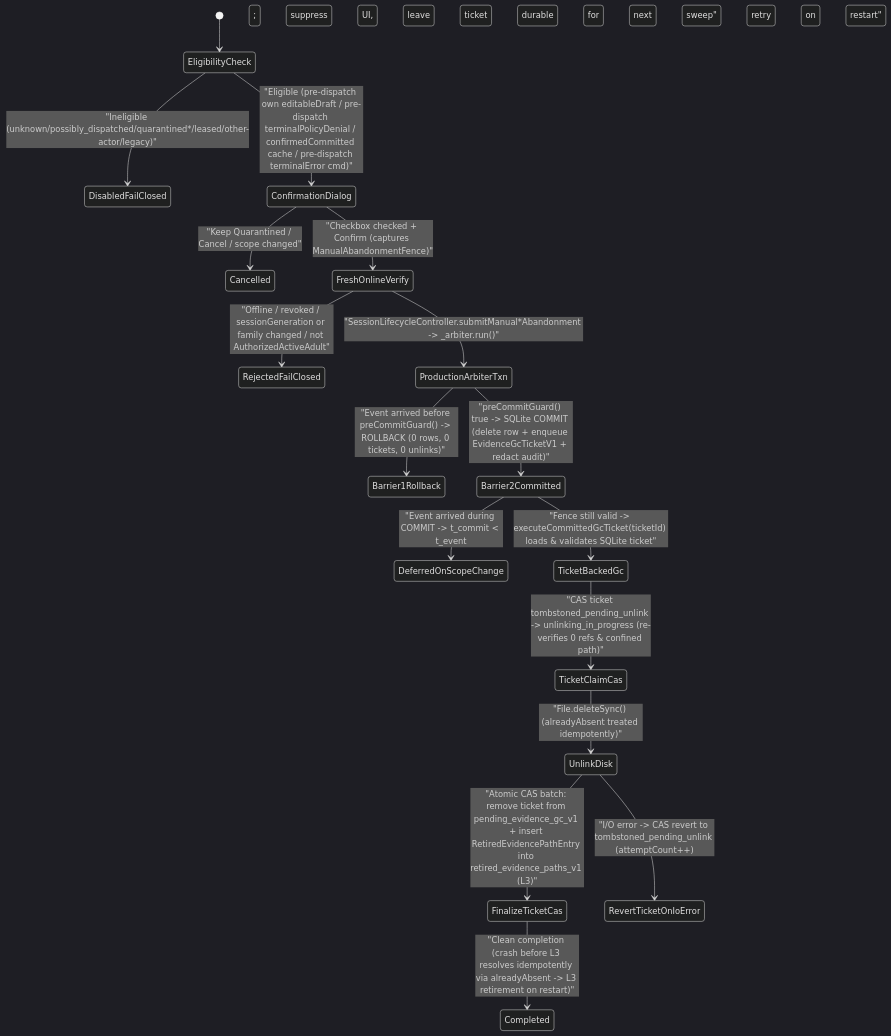
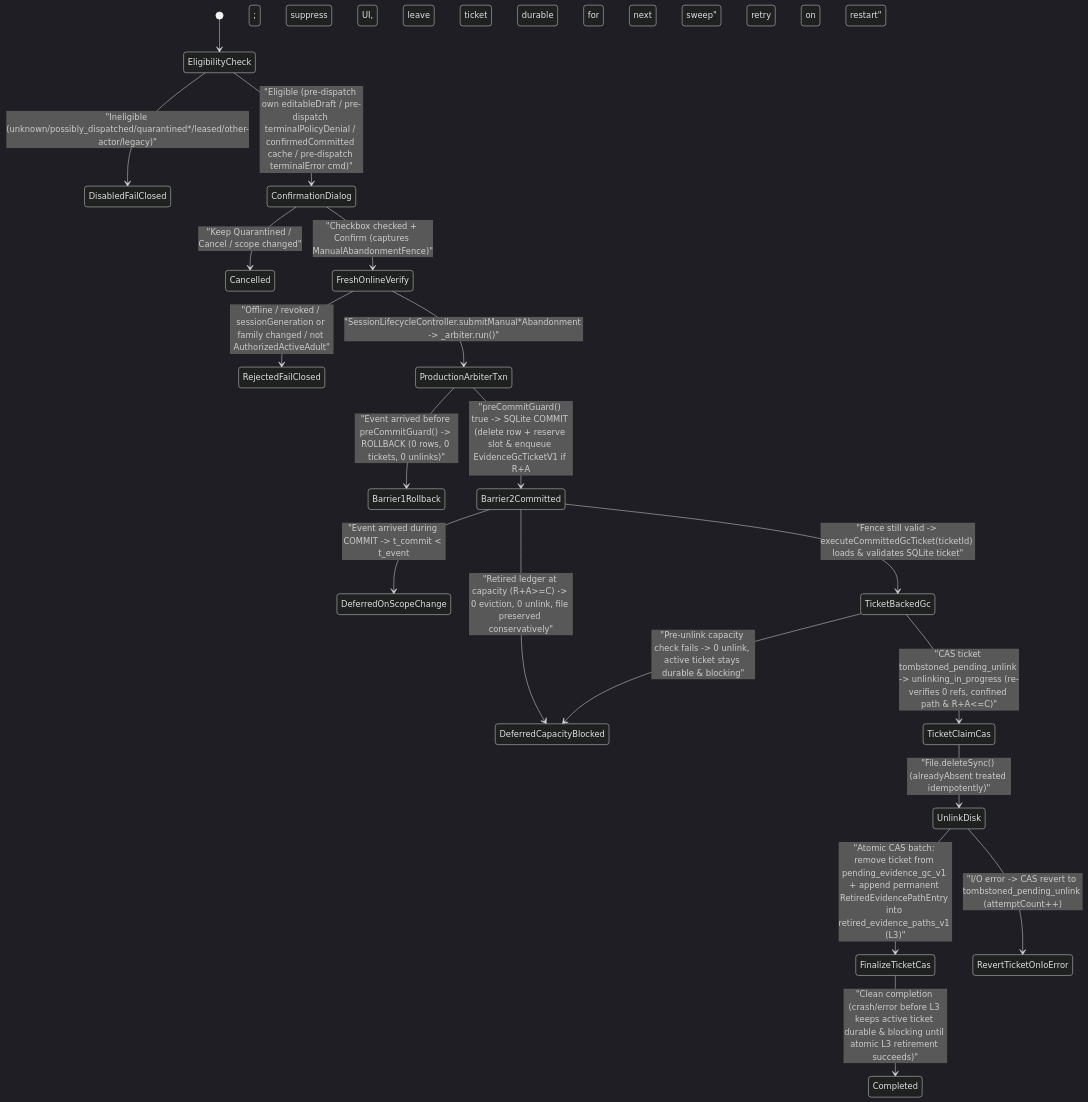
One commit to thedusk4203/LearnWard changed the second of 2 diagrams in docs/27-phase-6-slice-4c-1-manual-recovery-and-export-design-contract.md. Above: the diagram before and after it, drawn with Mermaid (dark theme). The commit also changed other lines of this file and 1 other file, not shown here.

Commit message:
docs(phase-6): enforce lifetime non-evicting retired-path ledger and fail-closed capacity reservation (R44-05)

````diff
--- a/docs/27-phase-6-slice-4c-1-manual-recovery-and-export-design-contract.md
+++ b/docs/27-phase-6-slice-4c-1-manual-recovery-and-export-design-contract.md
@@ -337,19 +348,21 @@
 ```mermaid
 stateDiagram-v2
     [*] --> EligibilityCheck
     EligibilityCheck --> DisabledFailClosed : "Ineligible (unknown/possibly_dispatched/quarantined*/leased/other-actor/legacy)"
     EligibilityCheck --> ConfirmationDialog : "Eligible (pre-dispatch own editableDraft / pre-dispatch terminalPolicyDenial / confirmedCommitted cache / pre-dispatch terminalError cmd)"
     ConfirmationDialog --> Cancelled : "Keep Quarantined / Cancel / scope changed"
     ConfirmationDialog --> FreshOnlineVerify : "Checkbox checked + Confirm (captures ManualAbandonmentFence)"
     FreshOnlineVerify --> RejectedFailClosed : "Offline / revoked / sessionGeneration or family changed / not AuthorizedActiveAdult"
     FreshOnlineVerify --> ProductionArbiterTxn : "SessionLifecycleController.submitManual*Abandonment -> _arbiter.run()"
     ProductionArbiterTxn --> Barrier1Rollback : "Event arrived before preCommitGuard() -> ROLLBACK (0 rows, 0 tickets, 0 unlinks)"
-    ProductionArbiterTxn --> Barrier2Committed : "preCommitGuard() true -> SQLite COMMIT (delete row + enqueue EvidenceGcTicketV1 + redact audit)"
+    ProductionArbiterTxn --> Barrier2Committed : "preCommitGuard() true -> SQLite COMMIT (delete row + reserve slot & enqueue EvidenceGcTicketV1 if R+A<C else deferredCapacityBlocked + redact audit)"
+    Barrier2Committed --> DeferredCapacityBlocked : "Retired ledger at capacity (R+A>=C) -> 0 eviction, 0 unlink, file preserved conservatively"
     Barrier2Committed --> DeferredOnScopeChange : "Event arrived during COMMIT -> t_commit < t_event; suppress UI, leave ticket durable for next sweep"
     Barrier2Committed --> TicketBackedGc : "Fence still valid -> executeCommittedGcTicket(ticketId) loads & validates SQLite ticket"
-    TicketBackedGc --> TicketClaimCas : "CAS ticket tombstoned_pending_unlink -> unlinking_in_progress (re-verifies 0 refs & confined path)"
+    TicketBackedGc --> DeferredCapacityBlocked : "Pre-unlink capacity check fails -> 0 unlink, active ticket stays durable & blocking"
+    TicketBackedGc --> TicketClaimCas : "CAS ticket tombstoned_pending_unlink -> unlinking_in_progress (re-verifies 0 refs, confined path & R+A<=C)"
     TicketClaimCas --> UnlinkDisk : "File.deleteSync() (alreadyAbsent treated idempotently)"
-    UnlinkDisk --> FinalizeTicketCas : "Atomic CAS batch: remove ticket from pending_evidence_gc_v1 + insert RetiredEvidencePathEntry into retired_evidence_paths_v1 (L3)"
+    UnlinkDisk --> FinalizeTicketCas : "Atomic CAS batch: remove ticket from pending_evidence_gc_v1 + append permanent RetiredEvidencePathEntry into retired_evidence_paths_v1 (L3)"
     UnlinkDisk --> RevertTicketOnIoError : "I/O error -> CAS revert to tombstoned_pending_unlink (attemptCount++); retry on restart"
-    FinalizeTicketCas --> Completed : "Clean completion (crash before L3 resolves idempotently via alreadyAbsent -> L3 retirement on restart)"
+    FinalizeTicketCas --> Completed : "Clean completion (crash/error before L3 keeps active ticket durable & blocking until atomic L3 retirement succeeds)"
 ```
````
